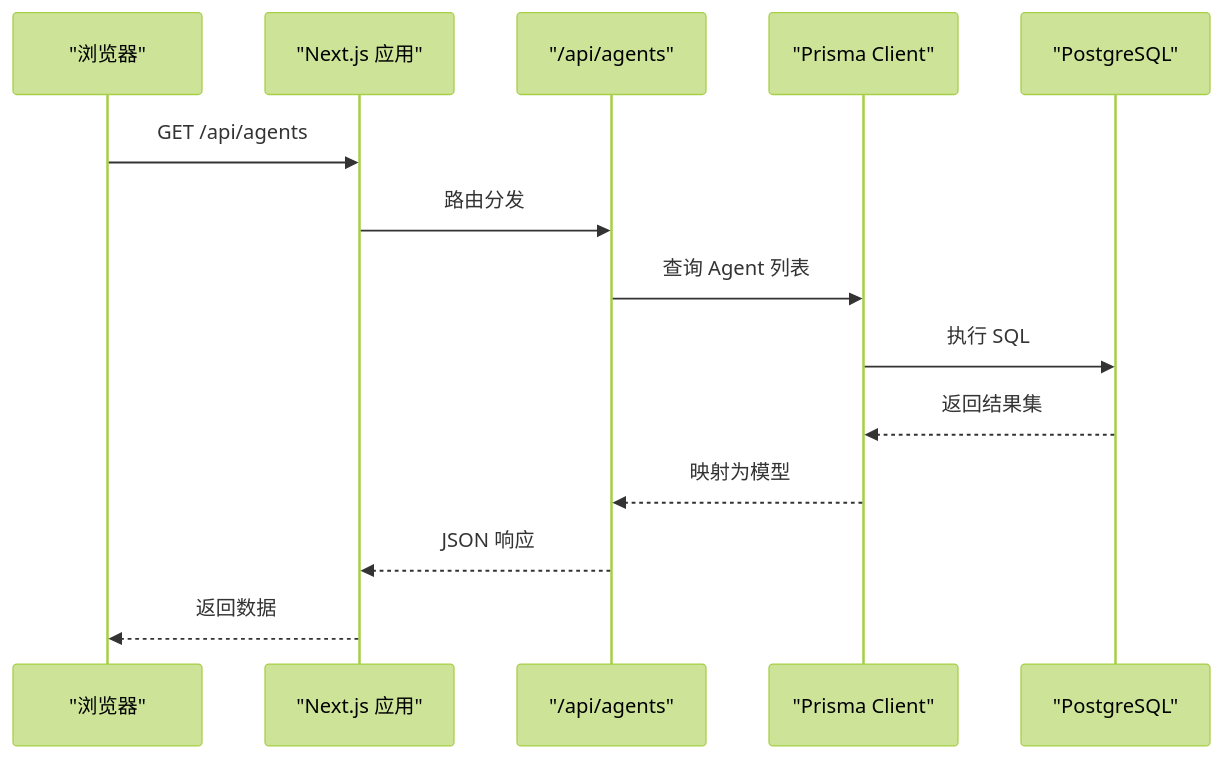
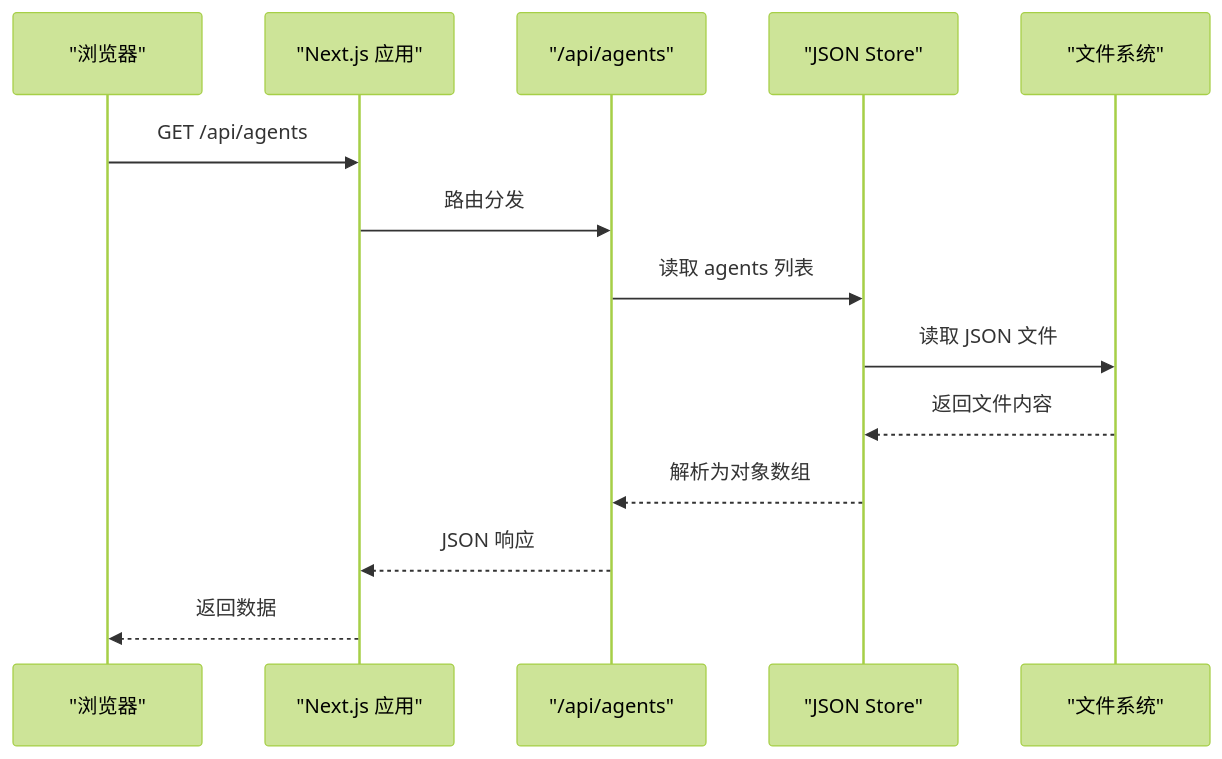
Before and after one commit to ai-guru-global/agent-up: the fifth of 6 diagrams in .qoder/repowiki/zh/content/项目概述.md, drawn with Mermaid (forest theme). The commit also changed other lines of this file and 20 other files, not shown here.

````diff
--- a/.qoder/repowiki/zh/content/项目概述.md
+++ b/.qoder/repowiki/zh/content/项目概述.md
@@ -248,16 +295,16 @@
 ```mermaid
 sequenceDiagram
 participant Client as "浏览器"
 participant Next as "Next.js 应用"
 participant API as "/api/agents"
-participant DB as "Prisma Client"
-participant PG as "PostgreSQL"
+participant Store as "JSON Store"
+participant FS as "文件系统"
 Client->>Next : GET /api/agents
 Next->>API : 路由分发
-API->>DB : 查询 Agent 列表
-DB->>PG : 执行 SQL
-PG-->>DB : 返回结果集
-DB-->>API : 映射为模型
+API->>Store : 读取 agents 列表
+Store->>FS : 读取 JSON 文件
+FS-->>Store : 返回文件内容
+Store-->>API : 解析为对象数组
 API-->>Next : JSON 响应
 Next-->>Client : 返回数据
 ```
````
